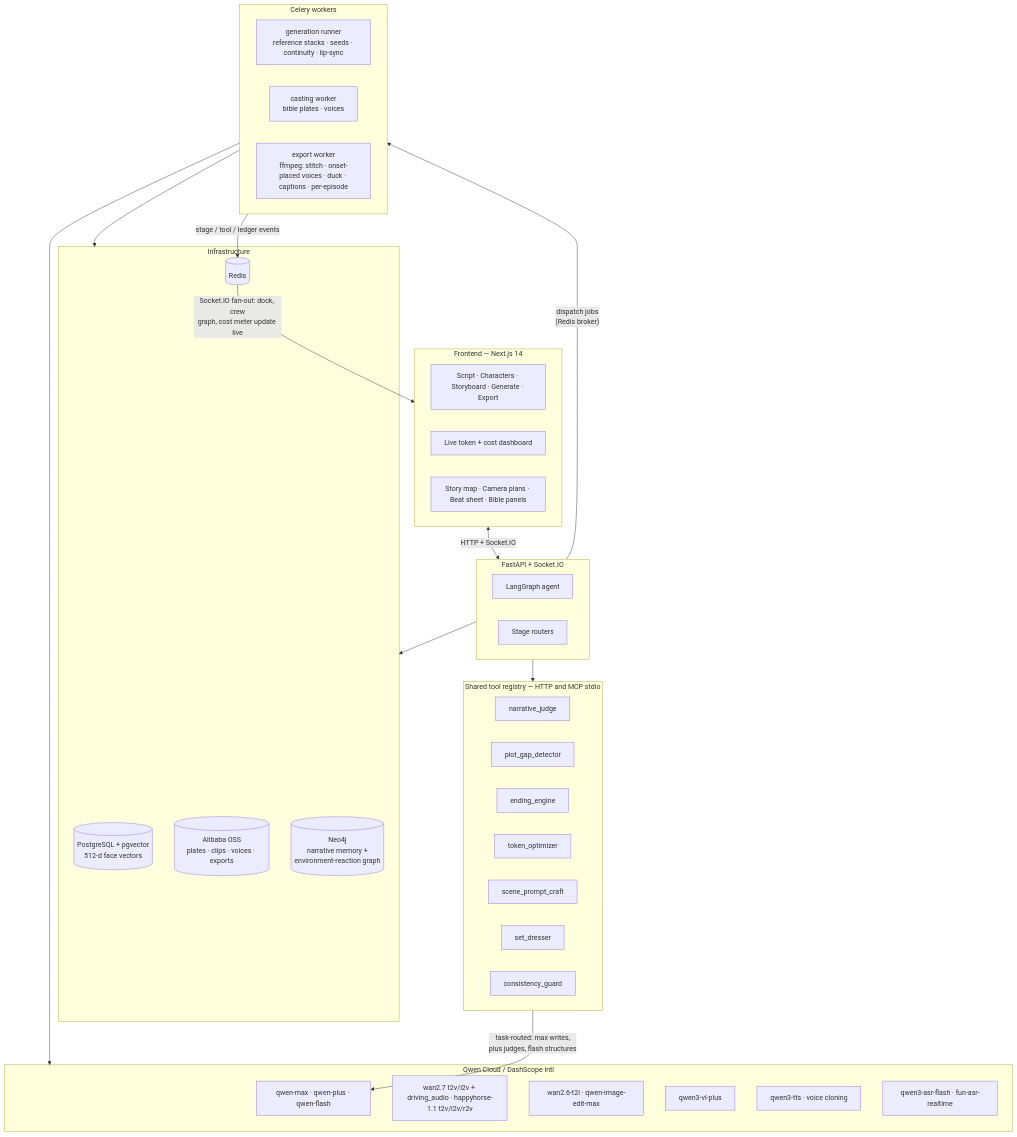
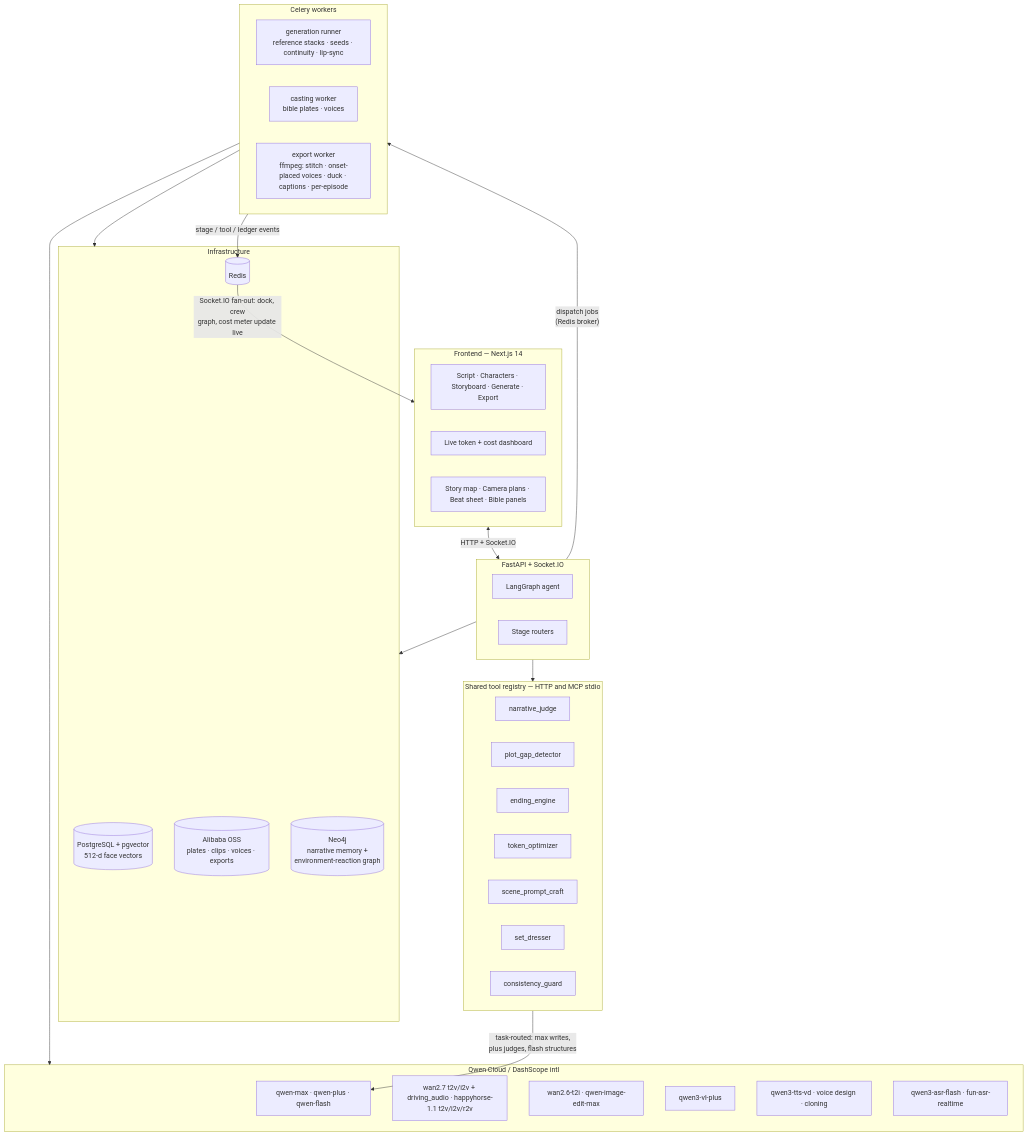
Before and after one commit to RextonRZ/Rexgent: the second of 3 diagrams in README.md, drawn with Mermaid. The commit also changed other lines of this file and 8 other files, not shown here.

````diff
--- a/README.md
+++ b/README.md
@@ -176,45 +176,45 @@
 ```mermaid
 flowchart TB
     subgraph FE[Frontend — Next.js 14]
         UI[Script · Characters · Storyboard · Generate · Export]
         TD[Live token + cost dashboard]
         SM[Story map · Camera plans · Beat sheet · Bible panels]
     end
     FE <-- "HTTP + Socket.IO" --> API
 
     subgraph API[FastAPI + Socket.IO]
         AG[LangGraph agent]
         RT[Stage routers]
     end
 
     subgraph TOOLS[Shared tool registry — HTTP and MCP stdio]
         NJ[narrative_judge] & PG[plot_gap_detector] & EE[ending_engine]
         TO[token_optimizer] & SP[scene_prompt_craft] & SD[set_dresser] & CG[consistency_guard]
     end
     API --> TOOLS
 
     subgraph WK[Celery workers]
         GEN[generation runner<br/>reference stacks · seeds · continuity · lip-sync]
         CASTW[casting worker<br/>bible plates · voices]
         EXP[export worker<br/>ffmpeg: stitch · onset-placed voices · duck · captions · per-episode]
     end
     API -- "dispatch jobs<br/>(Redis broker)" --> WK
 
     subgraph QWEN[Qwen Cloud / DashScope intl]
         LLM[qwen-max · qwen-plus · qwen-flash]
         VID[wan2.7 t2v/i2v + driving_audio · happyhorse-1.1 t2v/i2v/r2v]
         IMG[wan2.6-t2i · qwen-image-edit-max]
-        VL[qwen3-vl-plus] & TTS[qwen3-tts · voice cloning]
+        VL[qwen3-vl-plus] & TTS[qwen3-tts-vd · voice design · cloning]
         ASR[qwen3-asr-flash · fun-asr-realtime]
     end
     TOOLS -- "task-routed: max writes,<br/>plus judges, flash structures" --> LLM
     WK --> QWEN
 
     subgraph INFRA[Infrastructure]
         PG2[(PostgreSQL + pgvector<br/>512-d face vectors)] & RD[(Redis)] & OSS[(Alibaba OSS<br/>plates · clips · voices · exports)] & N4J[(Neo4j<br/>narrative memory +<br/>environment-reaction graph)]
     end
     API --> INFRA
     WK --> INFRA
     WK -- "stage / tool / ledger events" --> RD
     RD -- "Socket.IO fan-out: dock, crew<br/>graph, cost meter update live" --> FE
 ```
````
